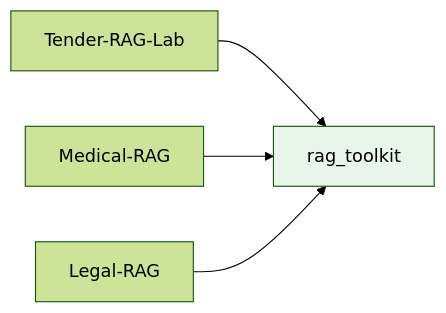
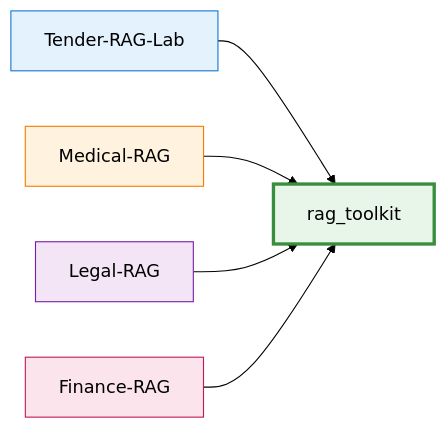
One commit to gmottola00/Tender-RAG-Lab changed the diagram in docs/architecture/rag-toolkit.md. Above: the diagram before and after it, drawn with Mermaid (forest theme). The commit also changed other lines of this file and 12 other files, not shown here.

````diff
--- a/docs/architecture/rag-toolkit.md
+++ b/docs/architecture/rag-toolkit.md
@@ -9,8 +14,13 @@
 ```mermaid
 graph LR
     A[Tender-RAG-Lab] --> B[rag_toolkit]
     C[Medical-RAG] --> B
     D[Legal-RAG] --> B
+    E[Finance-RAG] --> B
     
-    style B fill:#e8f5e9
+    style B fill:#e8f5e9,stroke:#388e3c,stroke-width:3px
+    style A fill:#e3f2fd,stroke:#1976d2
+    style C fill:#fff3e0,stroke:#f57c00
+    style D fill:#f3e5f5,stroke:#7b1fa2
+    style E fill:#fce4ec,stroke:#c2185b
 ```
````
